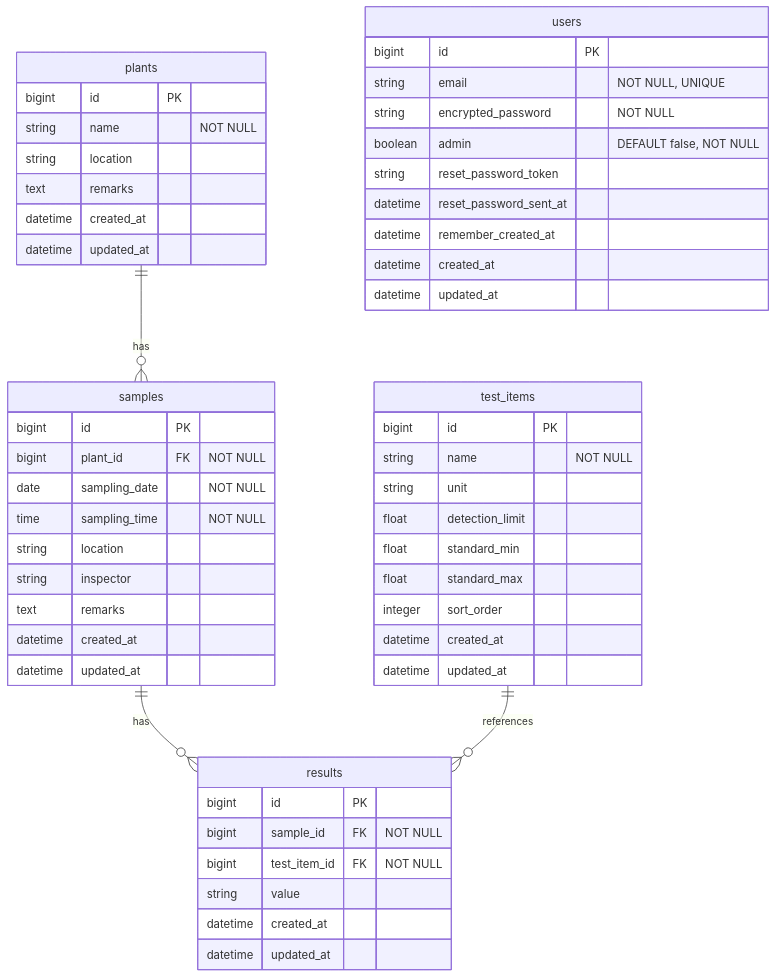
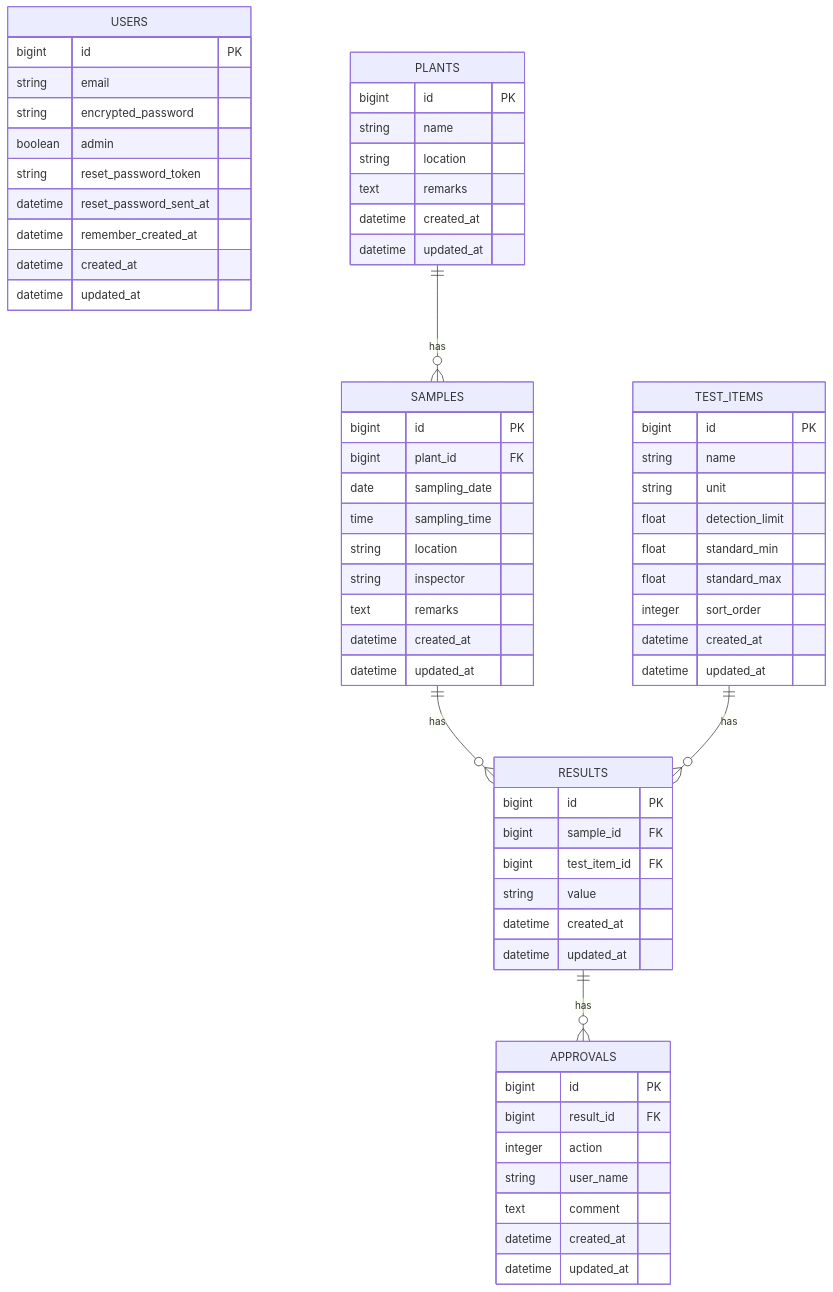
Before and after one commit to sankaku-suzume/water_quality_app: the diagram in README.md, drawn with Mermaid. The commit also changed other lines of this file, not shown here.

Commit message:
README変更

````diff
--- a/README.md
+++ b/README.md
@@ -56,60 +57,72 @@
 ```mermaid
 erDiagram
-    plants ||--o{ samples : "has"
-    samples ||--o{ results : "has"
-    test_items ||--o{ results : "references"
 
-    plants {
+    USERS {
         bigint id PK
-        string name "NOT NULL"
+        string email
+        string encrypted_password
+        boolean admin
+        string reset_password_token
+        datetime reset_password_sent_at
+        datetime remember_created_at
+        datetime created_at
+        datetime updated_at
+    }
+
+    PLANTS {
+        bigint id PK
+        string name
         string location
         text remarks
         datetime created_at
         datetime updated_at
     }
 
-    samples {
+    SAMPLES {
         bigint id PK
-        bigint plant_id FK "NOT NULL"
-        date sampling_date "NOT NULL"
-        time sampling_time "NOT NULL"
+        bigint plant_id FK
+        date sampling_date
+        time sampling_time
         string location
         string inspector
         text remarks
         datetime created_at
         datetime updated_at
     }
 
-    test_items {
+    TEST_ITEMS {
         bigint id PK
-        string name "NOT NULL"
+        string name
         string unit
         float detection_limit
         float standard_min
         float standard_max
         integer sort_order
         datetime created_at
         datetime updated_at
     }
 
-    results {
+    RESULTS {
         bigint id PK
-        bigint sample_id FK "NOT NULL"
-        bigint test_item_id FK "NOT NULL"
+        bigint sample_id FK
+        bigint test_item_id FK
         string value
         datetime created_at
         datetime updated_at
     }
 
-    users {
+    APPROVALS {
         bigint id PK
-        string email "NOT NULL, UNIQUE"
-        string encrypted_password "NOT NULL"
-        boolean admin "DEFAULT false, NOT NULL"
-        string reset_password_token
-        datetime reset_password_sent_at
-        datetime remember_created_at
+        bigint result_id FK
+        integer action
+        string user_name
+        text comment
         datetime created_at
         datetime updated_at
     }
+
+    PLANTS ||--o{ SAMPLES : has
+    SAMPLES ||--o{ RESULTS : has
+    TEST_ITEMS ||--o{ RESULTS : has
+    RESULTS ||--o{ APPROVALS : has
 ```
````
